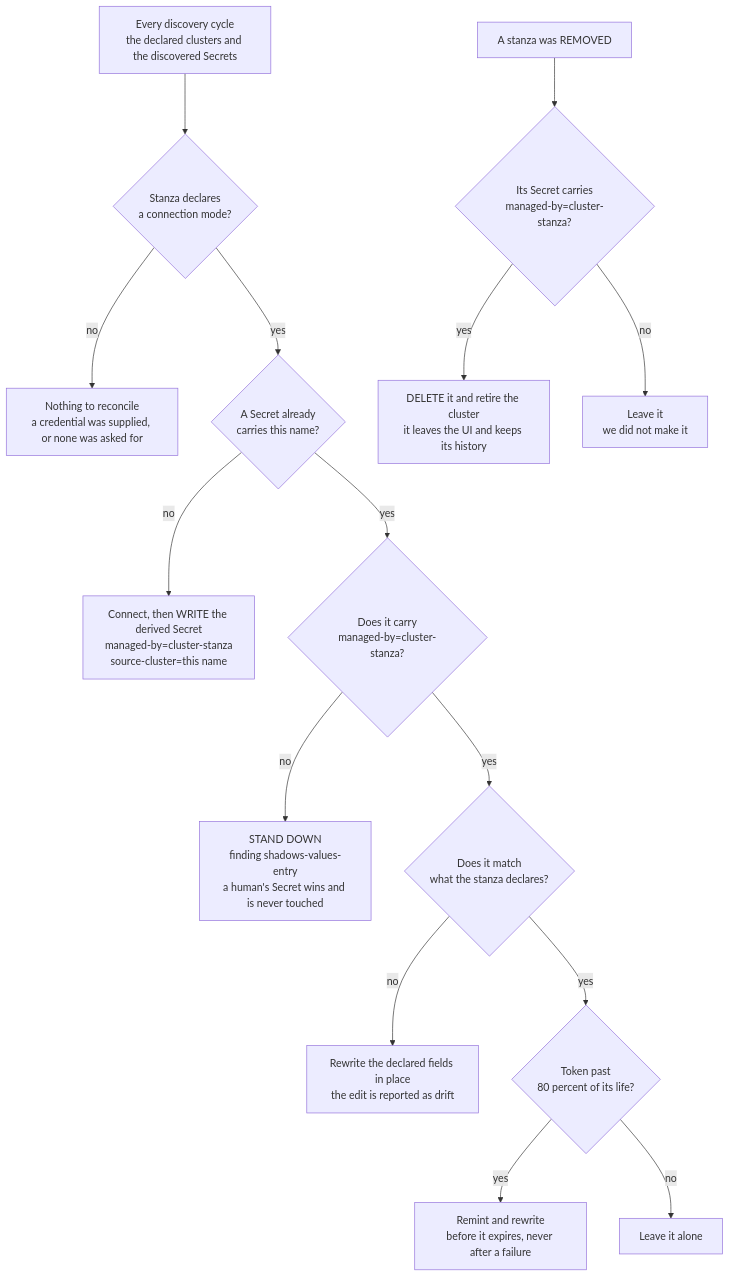
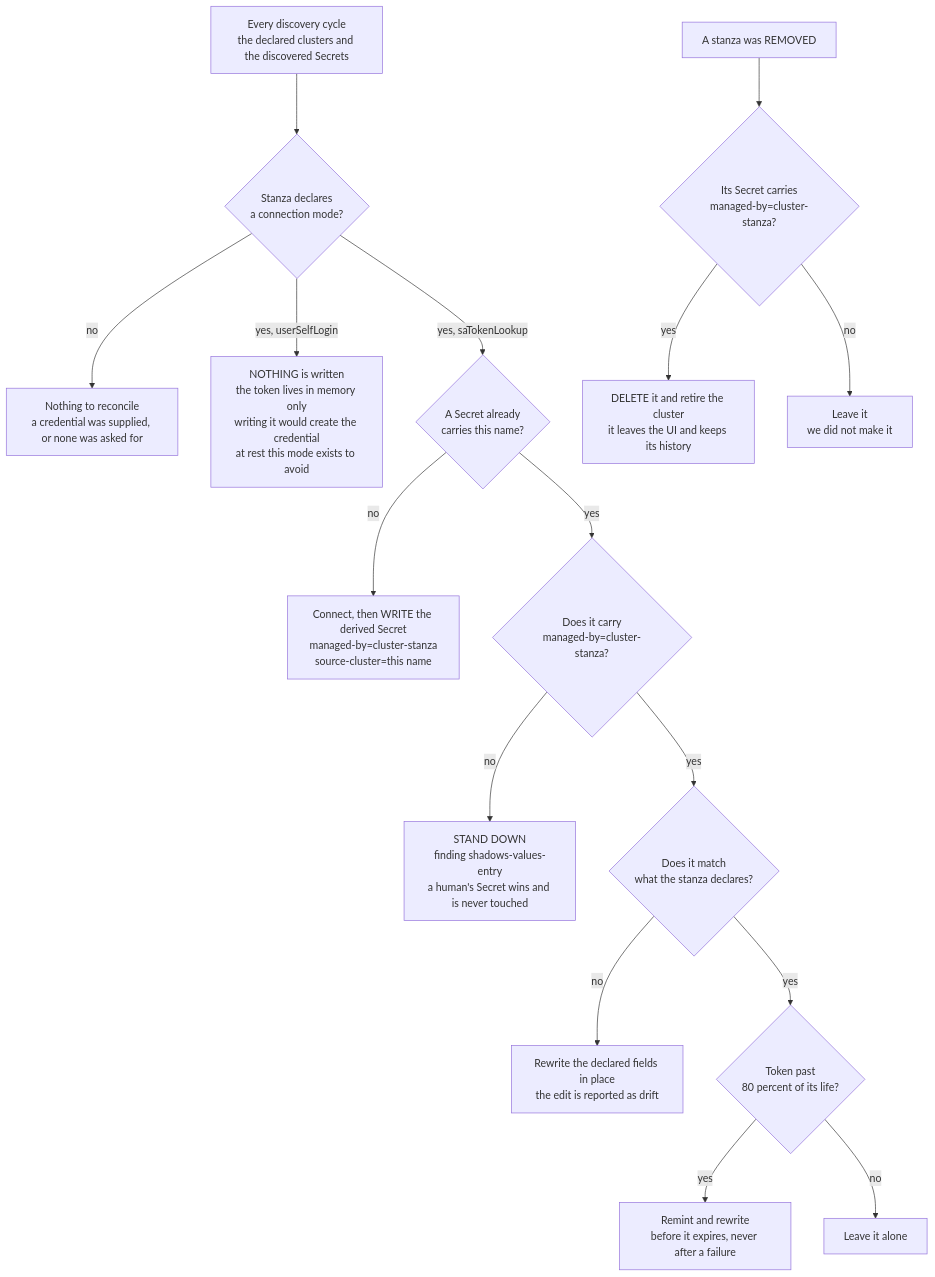
Before and after one commit to ephico2real2/group-sync-dashboard: the fifth of 6 diagrams in docs/DESIGN_cluster_connection_flows.md, drawn with Mermaid. The commit also changed other lines of this file and 1 other file, not shown here.

````diff
--- a/docs/DESIGN_cluster_connection_flows.md
+++ b/docs/DESIGN_cluster_connection_flows.md
@@ -379,17 +379,18 @@
 ```mermaid
 flowchart TD
     A["Every discovery cycle<br/>the declared clusters and the discovered Secrets"] --> B{"Stanza declares<br/>a connection mode?"}
     B -- "no" --> BN["Nothing to reconcile<br/>a credential was supplied, or none was asked for"]
-    B -- "yes" --> C{"A Secret already<br/>carries this name?"}
+    B -- "yes, userSelfLogin" --> BU["NOTHING is written<br/>the token lives in memory only<br/>writing it would create the credential<br/>at rest this mode exists to avoid"]
+    B -- "yes, saTokenLookup" --> C{"A Secret already<br/>carries this name?"}
     C -- "no" --> CN["Connect, then WRITE the derived Secret<br/>managed-by=cluster-stanza<br/>source-cluster=this name"]
     C -- "yes" --> D{"Does it carry<br/>managed-by=cluster-stanza?"}
     D -- "no" --> DN["STAND DOWN<br/>finding shadows-values-entry<br/>a human's Secret wins and is never touched"]
     D -- "yes" --> E{"Does it match<br/>what the stanza declares?"}
     E -- "no" --> EN["Rewrite the declared fields in place<br/>the edit is reported as drift"]
     E -- "yes" --> F{"Token past<br/>80 percent of its life?"}
     F -- "yes" --> FN["Remint and rewrite<br/>before it expires, never after a failure"]
     F -- "no" --> FO["Leave it alone"]
     G["A stanza was REMOVED"] --> H{"Its Secret carries<br/>managed-by=cluster-stanza?"}
     H -- "yes" --> HY["DELETE it and retire the cluster<br/>it leaves the UI and keeps its history"]
     H -- "no" --> HN["Leave it<br/>we did not make it"]
 ```
````
